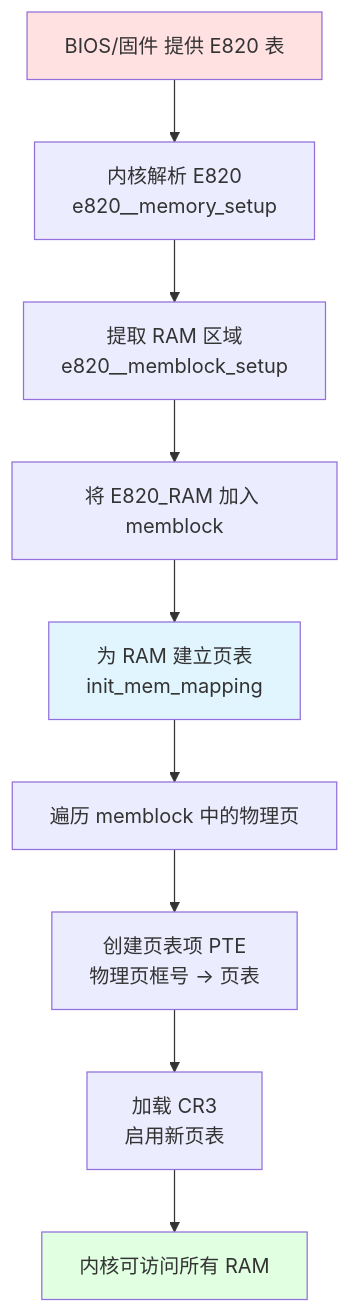
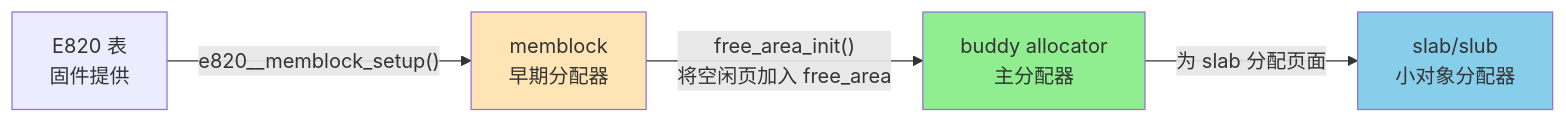
One commit to liweinan/bootimage-example changed the sixth of 6 diagrams in PAGING_PHASE2_FULL_SETUP_IN_SETUP_ARCH.md. Above: the diagram before and after it, drawn with Mermaid. The commit also changed other lines of this file and 4 other files, not shown here.

````diff
--- a/PAGING_PHASE2_FULL_SETUP_IN_SETUP_ARCH.md
+++ b/PAGING_PHASE2_FULL_SETUP_IN_SETUP_ARCH.md
@@ -892,25 +1856,15 @@
 ```mermaid
-flowchart TD
-    A[BIOS/固件 提供 E820 表]
-    B[内核解析 E820<br>e820__memory_setup]
-    C[提取 RAM 区域<br>e820__memblock_setup]
-    D[将 E820_RAM 加入 memblock]
-    E[为 RAM 建立页表<br>init_mem_mapping]
-    F[遍历 memblock 中的物理页]
-    G[创建页表项 PTE<br>物理页框号 → 页表]
-    H[加载 CR3<br>启用新页表]
-    I[内核可访问所有 RAM]
+flowchart LR
+    E820["E820 表<br>固件提供"]
+    Memblock["memblock<br>早期分配器"]
+    Buddy["buddy allocator<br>主分配器"]
+    Slab["slab/slub<br>小对象分配器"]
 
-    A --> B
-    B --> C
-    C --> D
-    D --> E
-    E --> F
-    F --> G
-    G --> H
-    H --> I
+    E820 -->|"e820__memblock_setup()"| Memblock
+    Memblock -->|"free_area_init()<br>将空闲页加入 free_area"| Buddy
+    Buddy -->|"为 slab 分配页面"| Slab
 
-    style A fill:#ffe1e1
-    style E fill:#e1f5ff
-    style I fill:#e1ffe1
+    style Memblock fill:#FFE4B5
+    style Buddy fill:#90EE90
+    style Slab fill:#87CEEB
 ```
````
